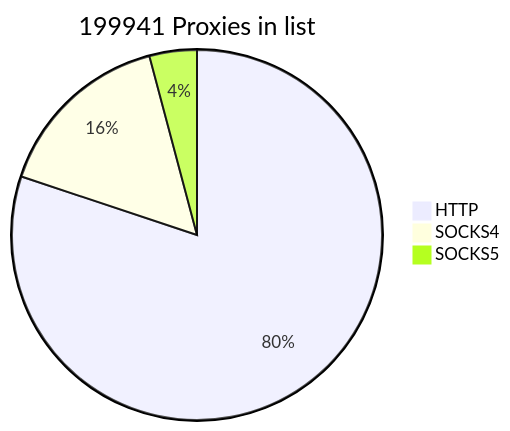
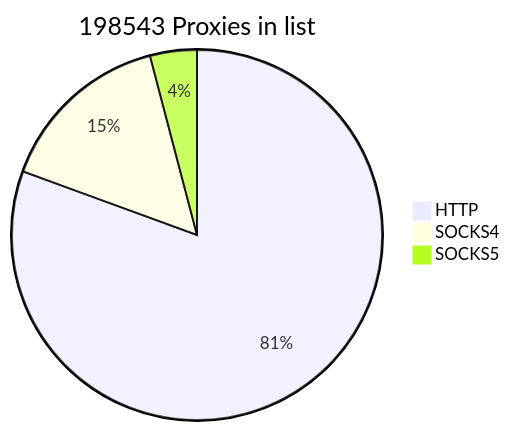
Before and after one commit to cutipu/proxylist: the first of 2 diagrams in README.md, drawn with Mermaid. The commit also changed other lines of this file, not shown here.

````diff
--- a/README.md
+++ b/README.md
@@ -2,7 +2,7 @@
 ```mermaid
-pie title 199941 Proxies in list
-    "HTTP" : 160188
-    "SOCKS4" : 31479
-    "SOCKS5" : 8274
+pie title 198543 Proxies in list
+    "HTTP" : 159983
+    "SOCKS4" : 30447
+    "SOCKS5" : 8113
             
 ```
````
